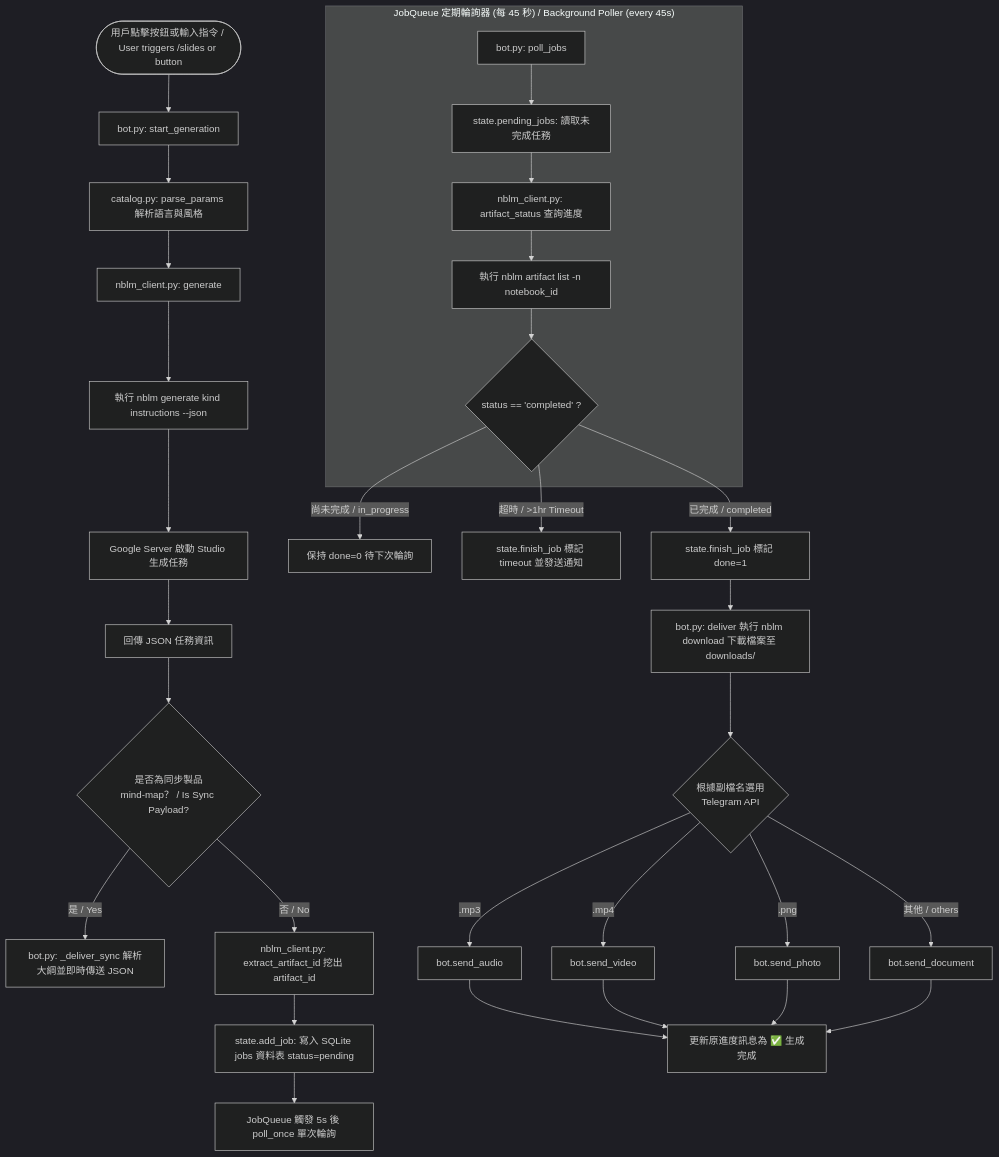
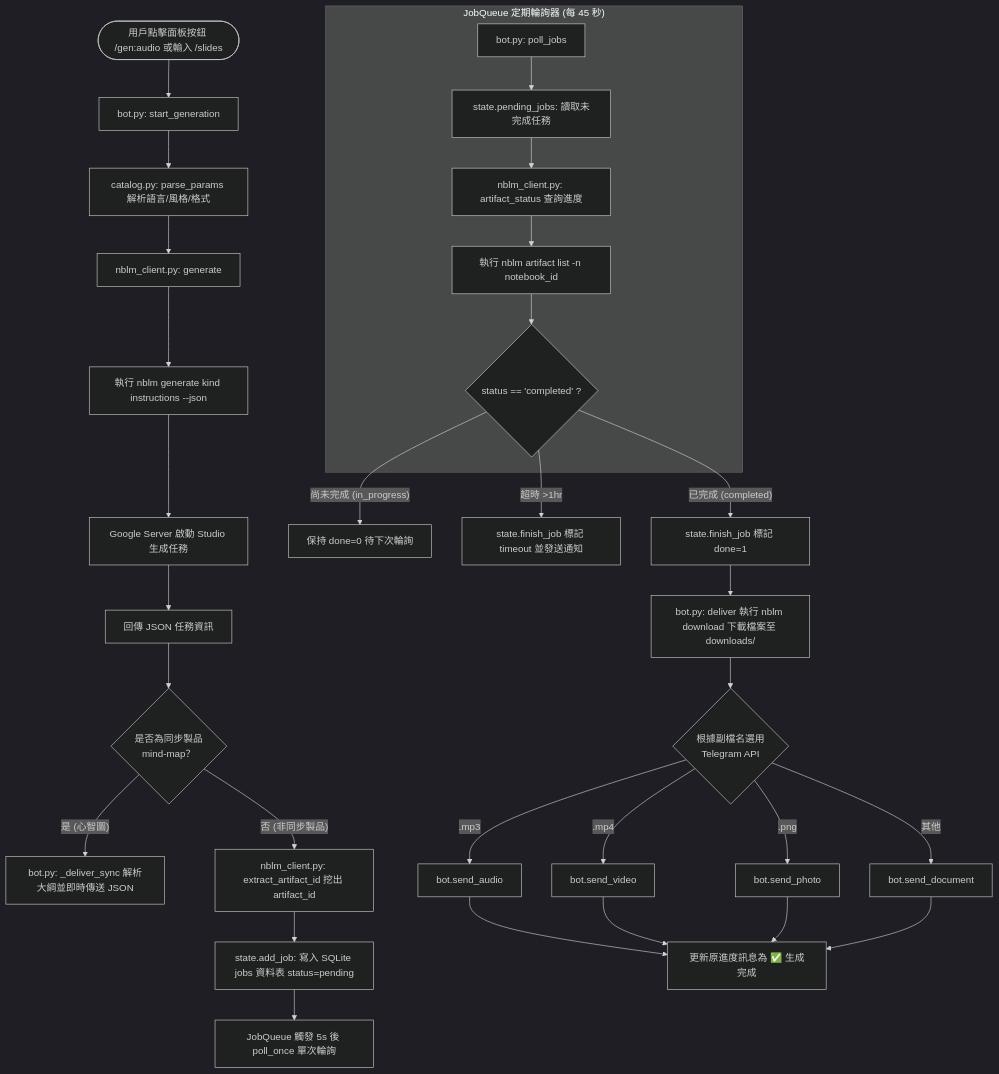
Before and after one commit to myyang19770915/TG_notebook: the third of 4 diagrams in README.md, drawn with Mermaid (dark theme). The commit also changed other lines of this file and 1 other file, not shown here.

````diff
--- a/README.md
+++ b/README.md
@@ -129,37 +125,37 @@
 ```mermaid
 flowchart TD
-    UserClick([用戶點擊按鈕或輸入指令 / User triggers /slides or button]) --> GenStart[bot.py: start_generation]
-    GenStart --> ParseCatalog[catalog.py: parse_params 解析語言與風格]
+    UserClick([用戶點擊面板按鈕 /gen:audio 或輸入 /slides]) --> GenStart[bot.py: start_generation]
+    GenStart --> ParseCatalog[catalog.py: parse_params 解析語言/風格/格式]
     ParseCatalog --> NblmGen[nblm_client.py: generate]
     NblmGen --> ExecGen[執行 nblm generate kind instructions --json]
     ExecGen --> GoogleGen[Google Server 啟動 Studio 生成任務]
     
     GoogleGen --> GenResp[回傳 JSON 任務資訊]
-    GenResp --> IsSync{是否為同步製品<br>mind-map？ / Is Sync Payload?}
+    GenResp --> IsSync{是否為同步製品<br>mind-map？}
     
-    IsSync -- 是 / Yes --> DeliverSync[bot.py: _deliver_sync 解析大綱並即時傳送 JSON]
-    IsSync -- 否 / No --> ExtractID[nblm_client.py: extract_artifact_id 挖出 artifact_id]
+    IsSync -- 是 (心智圖) --> DeliverSync[bot.py: _deliver_sync 解析大綱並即時傳送 JSON]
+    IsSync -- 否 (非同步製品) --> ExtractID[nblm_client.py: extract_artifact_id 挖出 artifact_id]
     
     ExtractID --> AddJobDB[state.add_job: 寫入 SQLite jobs 資料表 status=pending]
     AddJobDB --> FastPoll[JobQueue 觸發 5s 後 poll_once 單次輪詢]
     
-    subgraph Background_Poller ["JobQueue 定期輪詢器 (每 45 秒) / Background Poller (every 45s)"]
+    subgraph Background_Poller ["JobQueue 定期輪詢器 (每 45 秒)"]
         PollerLoop[bot.py: poll_jobs] --> GetPending[state.pending_jobs: 讀取未完成任務]
         GetPending --> CheckStatus[nblm_client.py: artifact_status 查詢進度]
         CheckStatus --> SubprocStatus[執行 nblm artifact list -n notebook_id]
         SubprocStatus --> StatusCheck{"status == 'completed' ?"}
     end
     
-    StatusCheck -- 尚未完成 / in_progress --> KeepPending[保持 done=0 待下次輪詢]
-    StatusCheck -- 超時 / >1hr Timeout --> TimeoutJob[state.finish_job 標記 timeout 並發送通知]
-    StatusCheck -- 已完成 / completed --> FinishJob[state.finish_job 標記 done=1]
+    StatusCheck -- 尚未完成 (in_progress) --> KeepPending[保持 done=0 待下次輪詢]
+    StatusCheck -- 超時 >1hr --> TimeoutJob[state.finish_job 標記 timeout 並發送通知]
+    StatusCheck -- 已完成 (completed) --> FinishJob[state.finish_job 標記 done=1]
     
     FinishJob --> Deliver[bot.py: deliver 執行 nblm download 下載檔案至 downloads/]
     Deliver --> SendMedia{根據副檔名選用<br>Telegram API}
     SendMedia -- .mp3 --> SendAudio[bot.send_audio]
     SendMedia -- .mp4 --> SendVideo[bot.send_video]
     SendMedia -- .png --> SendPhoto[bot.send_photo]
-    SendMedia -- 其他 / others --> SendDoc[bot.send_document]
+    SendMedia -- 其他 --> SendDoc[bot.send_document]
     
     SendAudio & SendVideo & SendPhoto & SendDoc --> UpdateMsg[更新原進度訊息為 ✅ 生成完成]
 ```
````
